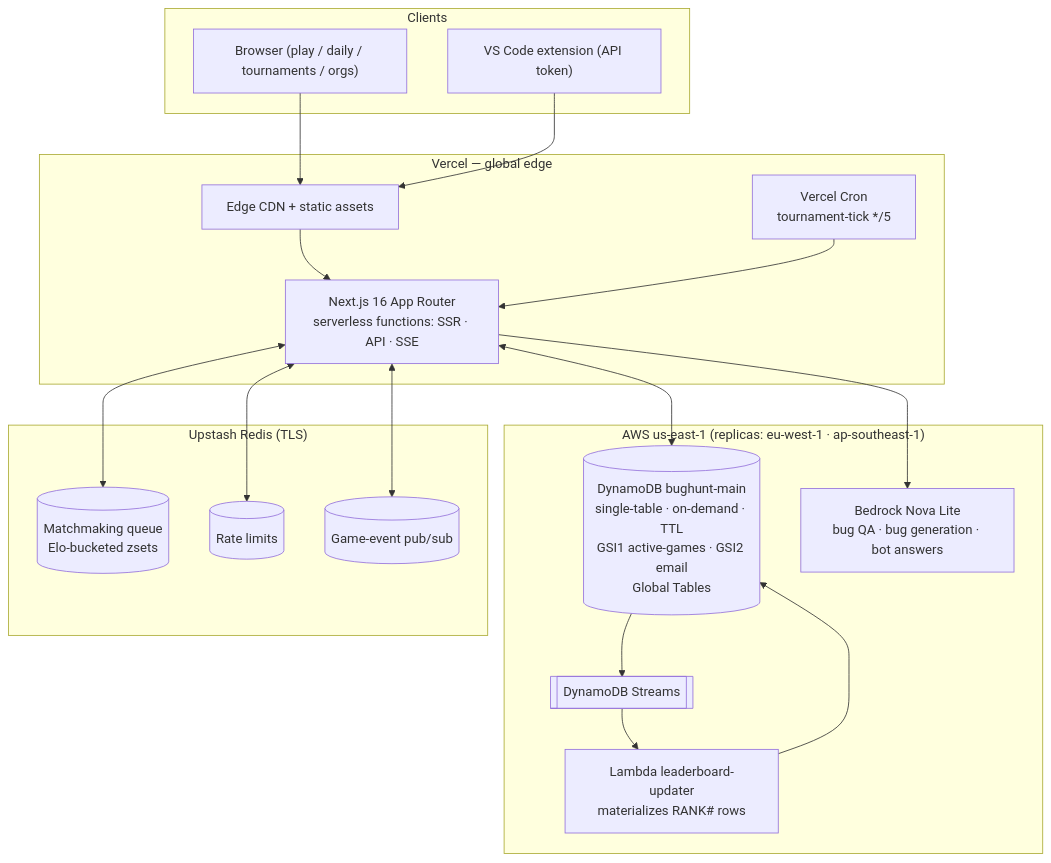
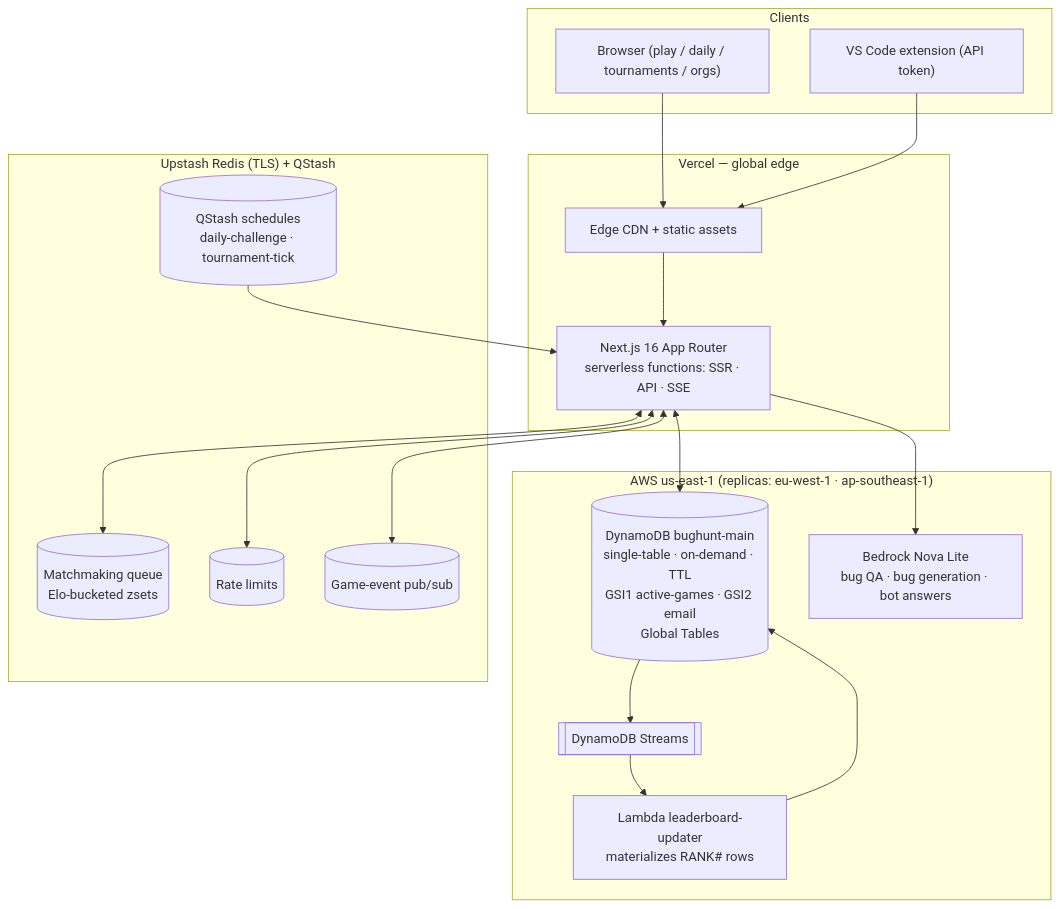
Before and after one commit to mohamedsorour1998/bughunt: the diagram in README.md, drawn with Mermaid. The commit also changed 9 other files, not shown here.

First line of the commit message:
feat: switch cron scheduling from Vercel Cron to Upstash QStash

````diff
--- a/README.md
+++ b/README.md
@@ -52,35 +52,35 @@
 ```mermaid
 flowchart TB
   subgraph Clients
     B["Browser (play / daily / tournaments / orgs)"]
     V["VS Code extension (API token)"]
   end
   subgraph Vercel["Vercel — global edge"]
     CDN["Edge CDN + static assets"]
     F["Next.js 16 App Router\nserverless functions: SSR · API · SSE"]
-    CRON["Vercel Cron\ntournament-tick */5"]
   end
   subgraph AWS["AWS us-east-1 (replicas: eu-west-1 · ap-southeast-1)"]
     DDB[("DynamoDB bughunt-main\nsingle-table · on-demand · TTL\nGSI1 active-games · GSI2 email\nGlobal Tables")]
     STR[["DynamoDB Streams"]]
     L["Lambda leaderboard-updater\nmaterializes RANK# rows"]
     NOVA["Bedrock Nova Lite\nbug QA · bug generation · bot answers"]
   end
-  subgraph Upstash["Upstash Redis (TLS)"]
+  subgraph Upstash["Upstash Redis (TLS) + QStash"]
     Q[("Matchmaking queue\nElo-bucketed zsets")]
     RL[("Rate limits")]
     PS[("Game-event pub/sub")]
+    CRON[("QStash schedules\ndaily-challenge · tournament-tick")]
   end
   B --> CDN
   V --> CDN
   CDN --> F
   CRON --> F
   F <--> DDB
   F <--> Q
   F <--> RL
   F <--> PS
   F --> NOVA
   DDB --> STR
   STR --> L
   L --> DDB
 ```
````
